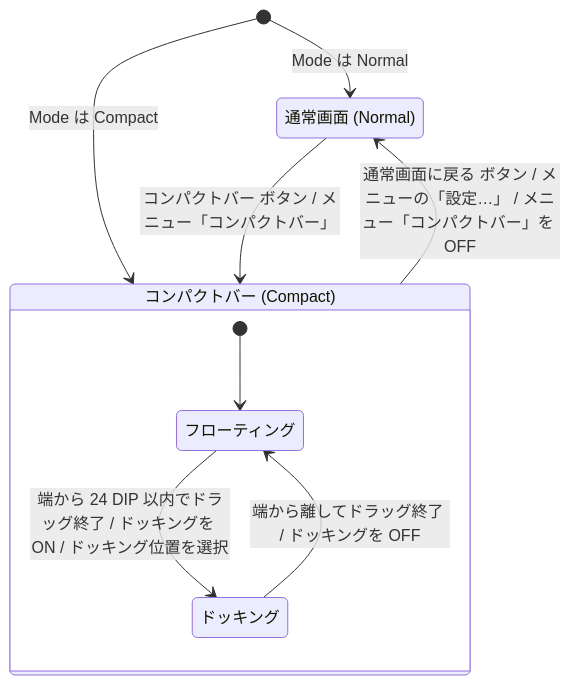
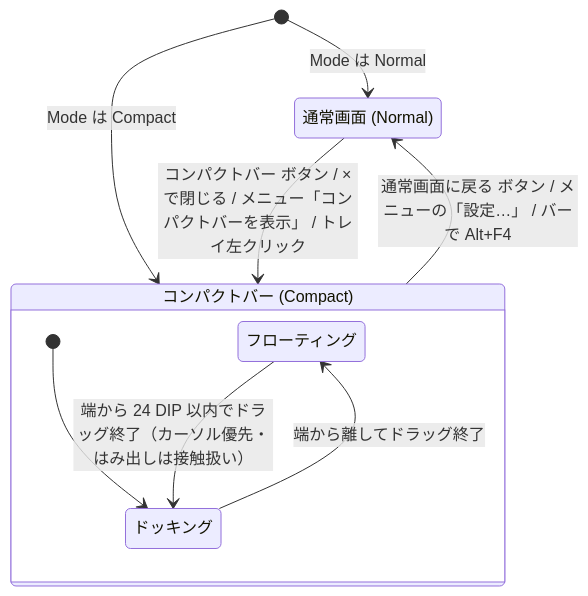
Before and after one commit to tlzs-oss/browserflip: the second of 3 diagrams in docs/desktop-design.ja.md, drawn with Mermaid. The commit also changed other lines of this file and 27 other files, not shown here.

````diff
--- a/docs/desktop-design.ja.md
+++ b/docs/desktop-design.ja.md
@@ -117,16 +119,16 @@
 ```mermaid
 stateDiagram-v2
     state "通常画面 (Normal)" as Normal
     state "コンパクトバー (Compact)" as Compact
     state Compact {
         state "フローティング" as Floating
         state "ドッキング" as Docked
-        [*] --> Floating
-        Floating --> Docked: 端から 24 DIP 以内でドラッグ終了 / ドッキングを ON / ドッキング位置を選択
-        Docked --> Floating: 端から離してドラッグ終了 / ドッキングを OFF
+        [*] --> Docked
+        Floating --> Docked: 端から 24 DIP 以内でドラッグ終了（カーソル優先・はみ出しは接触扱い）
+        Docked --> Floating: 端から離してドラッグ終了
     }
     [*] --> Normal: Mode は Normal
     [*] --> Compact: Mode は Compact
-    Normal --> Compact: コンパクトバー ボタン / メニュー「コンパクトバー」
-    Compact --> Normal: 通常画面に戻る ボタン / メニューの「設定…」 / メニュー「コンパクトバー」を OFF
+    Normal --> Compact: コンパクトバー ボタン / ×で閉じる / メニュー「コンパクトバーを表示」 / トレイ左クリック
+    Compact --> Normal: 通常画面に戻る ボタン / メニューの「設定…」 / バーで Alt+F4
 ```
````
